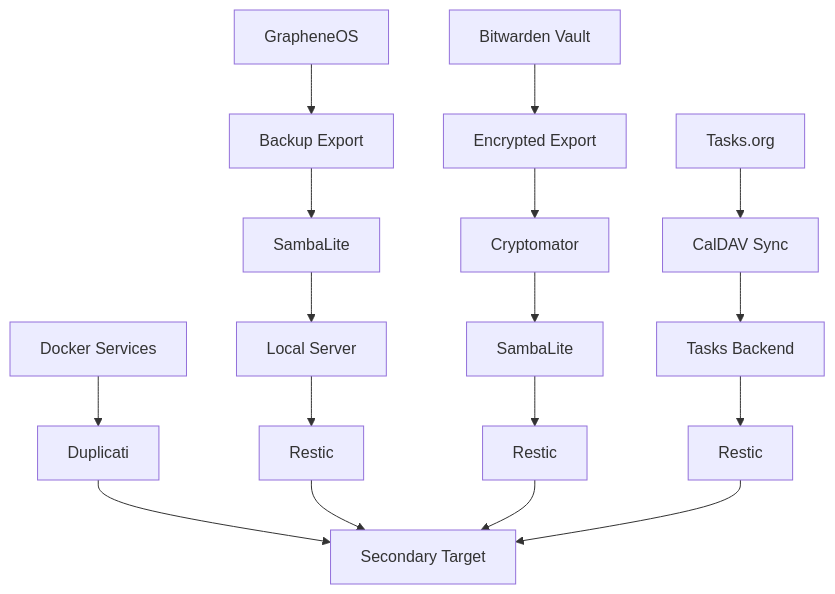
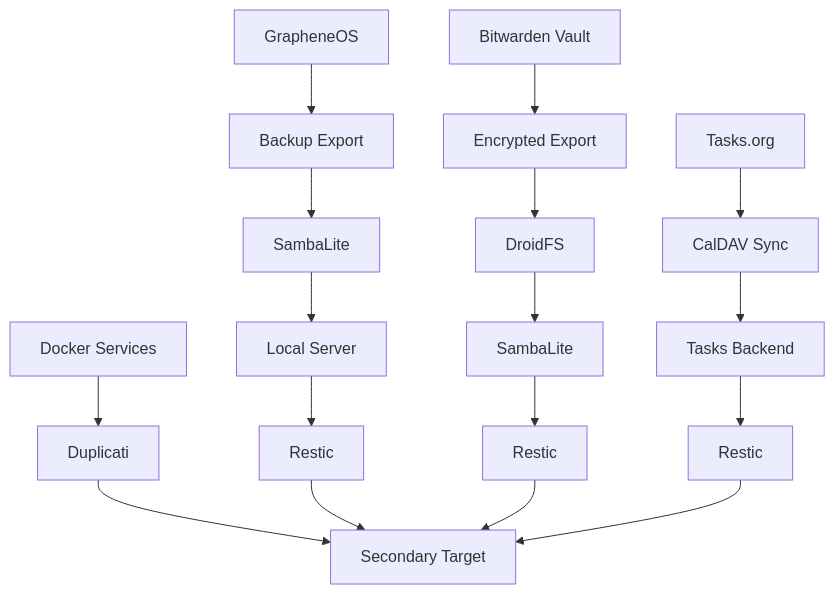
Before and after one commit to Kf1sh27/DeGoogle: the second of 2 diagrams in README.md, drawn with Mermaid. The commit also changed other lines of this file, not shown here.

Commit message:
Replace Cryptomator references with DroidFS and add the paid-version note

````diff
--- a/README.md
+++ b/README.md
@@ -238,10 +240,10 @@
 ```mermaid
 flowchart TB
     GOS2[GrapheneOS] --> BExport[Backup Export] --> Sync1[SambaLite] --> Srv1[Local Server] --> R1[Restic]
     Tasks[Tasks.org] --> TasksSync[CalDAV Sync] --> TasksServer[Tasks Backend] --> R3[Restic]
-    BW2[Bitwarden Vault] --> BWExport[Encrypted Export] --> Crypto[Cryptomator] --> Sync2[SambaLite] --> R2[Restic]
+    BW2[Bitwarden Vault] --> BWExport[Encrypted Export] --> Crypto[DroidFS] --> Sync2[SambaLite] --> R2[Restic]
     Docker[Docker Services] --> Dup[Duplicati] --> Secondary[Secondary Target]
     R1 --> Secondary
     R2 --> Secondary
     R3 --> Secondary
 ```
````
